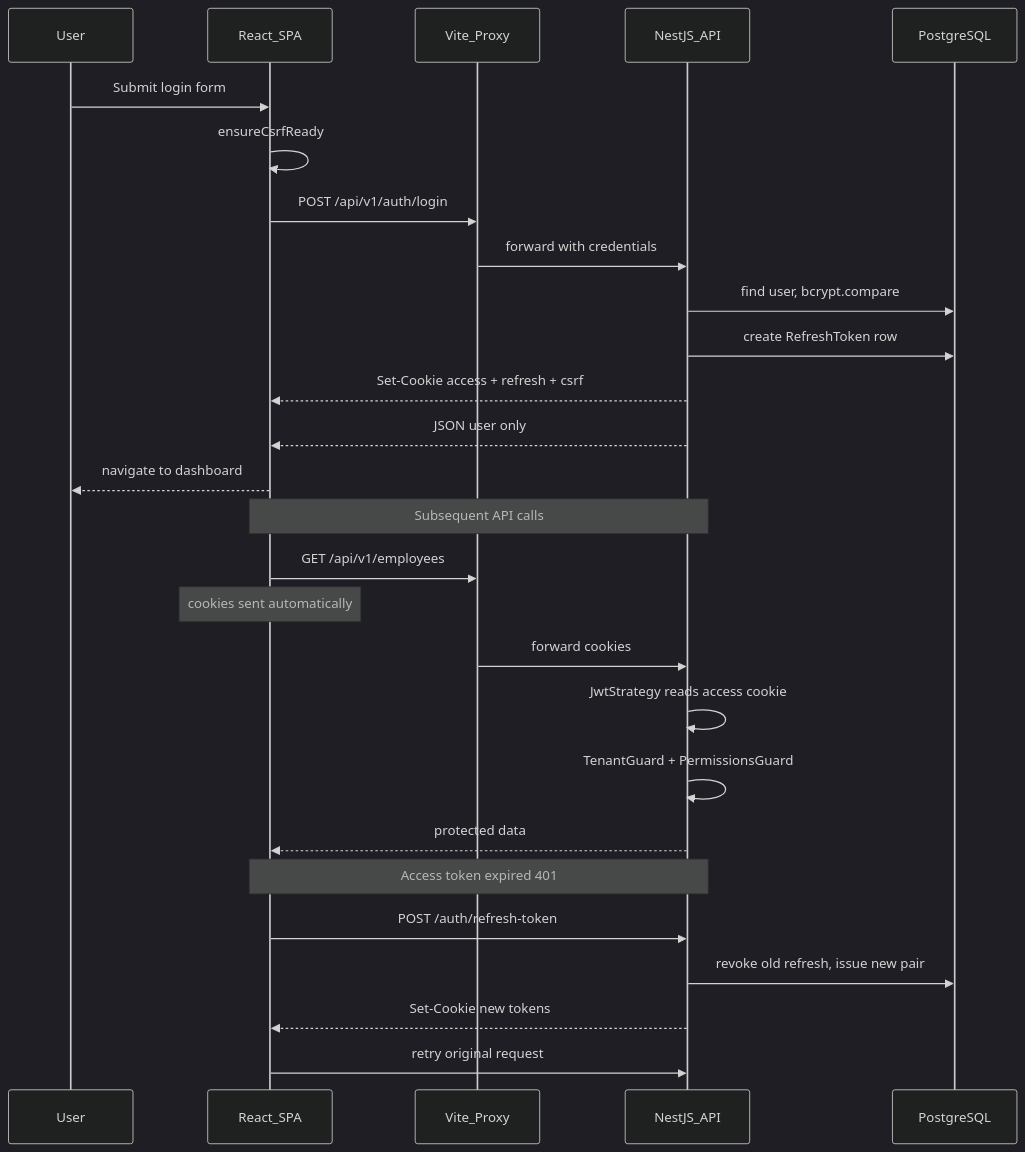
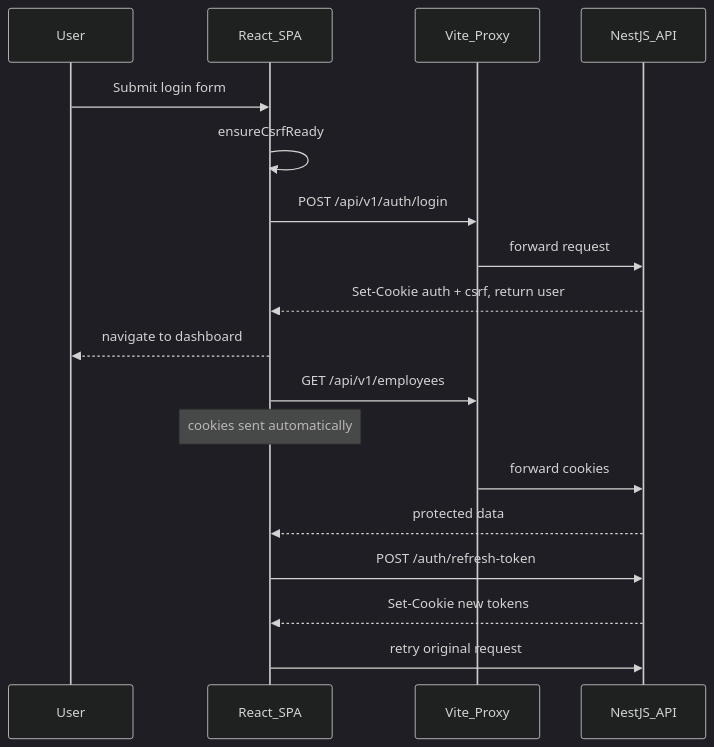
The diagram in .cursor/rules/authentication-walkthrough.mdc (l0r3nc335/hris-fe-react), drawn with Mermaid (dark theme) before and after one commit. The commit also changed other lines of this file and 5 other files, not shown here.

````diff
--- a/.cursor/rules/authentication-walkthrough.mdc
+++ b/.cursor/rules/authentication-walkthrough.mdc
@@ -33,32 +37,23 @@
 ```mermaid
 sequenceDiagram
   participant User
   participant FE as React_SPA
   participant Vite as Vite_Proxy
   participant BE as NestJS_API
-  participant DB as PostgreSQL
 
   User->>FE: Submit login form
   FE->>FE: ensureCsrfReady
   FE->>Vite: POST /api/v1/auth/login
-  Vite->>BE: forward with credentials
-  BE->>DB: find user, bcrypt.compare
-  BE->>DB: create RefreshToken row
-  BE-->>FE: Set-Cookie access + refresh + csrf
-  BE-->>FE: JSON user only
+  Vite->>BE: forward request
+  BE-->>FE: Set-Cookie auth + csrf, return user
   FE-->>User: navigate to dashboard
 
-  Note over FE,BE: Subsequent API calls
   FE->>Vite: GET /api/v1/employees
   Note over FE: cookies sent automatically
   Vite->>BE: forward cookies
-  BE->>BE: JwtStrategy reads access cookie
-  BE->>BE: TenantGuard + PermissionsGuard
   BE-->>FE: protected data
 
-  Note over FE,BE: Access token expired 401
   FE->>BE: POST /auth/refresh-token
-  BE->>DB: revoke old refresh, issue new pair
   BE-->>FE: Set-Cookie new tokens
   FE->>BE: retry original request
 ```
````
